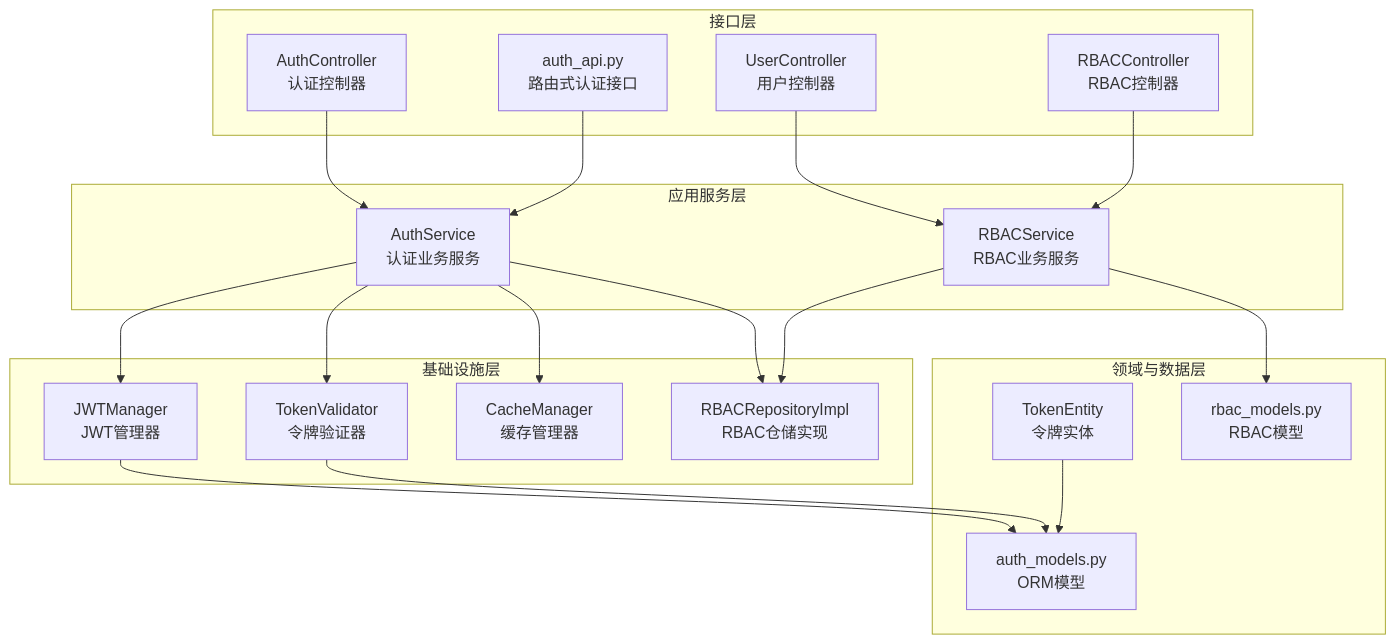
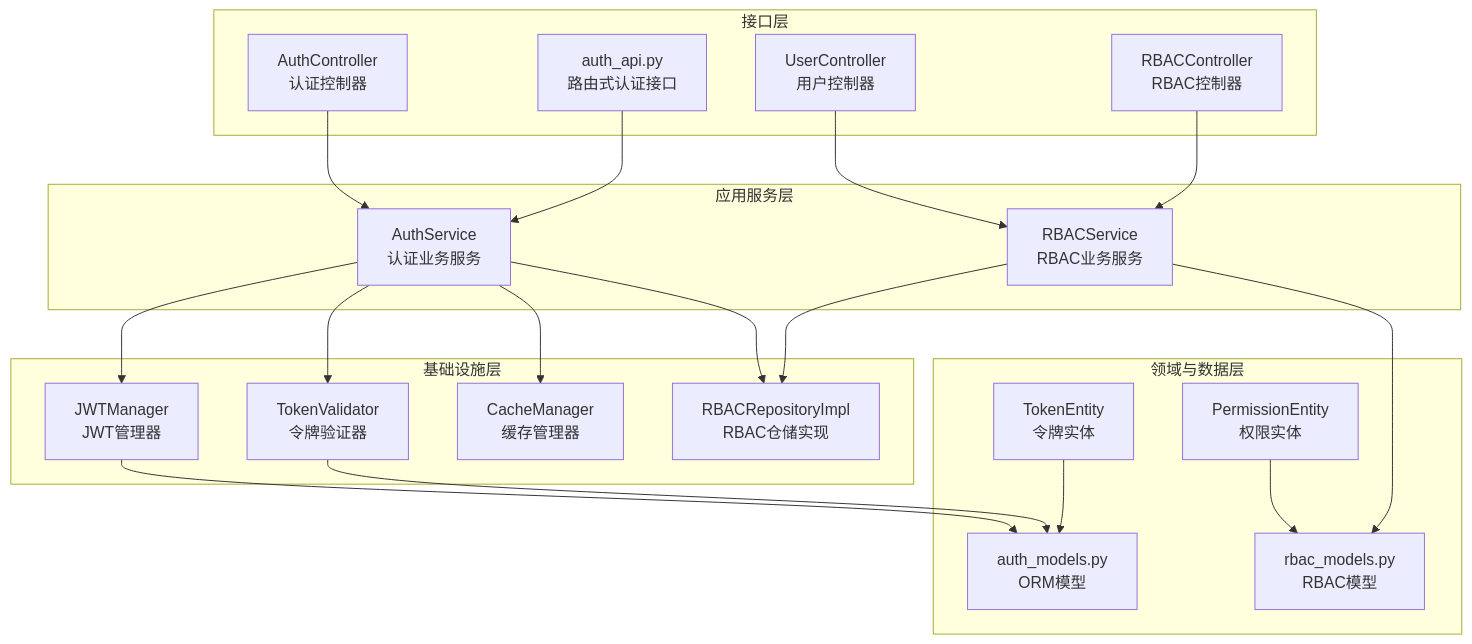
The first of 9 diagrams in .qoder/repowiki/zh/content/核心模块/认证系统.md (taoweidong/Hello-Django-Ninja-Api), drawn with Mermaid before and after one commit. The commit also changed other lines of this file and 13 other files, not shown here.

````diff
--- a/.qoder/repowiki/zh/content/核心模块/认证系统.md
+++ b/.qoder/repowiki/zh/content/核心模块/认证系统.md
@@ -53,37 +56,39 @@
 ```mermaid
 graph TB
 subgraph "接口层"
 AC["AuthController<br/>认证控制器"]
 API["auth_api.py<br/>路由式认证接口"]
 UC["UserController<br/>用户控制器"]
 RC["RBACController<br/>RBAC控制器"]
 end
 subgraph "应用服务层"
 AS["AuthService<br/>认证业务服务"]
 RS["RBACService<br/>RBAC业务服务"]
 end
 subgraph "基础设施层"
 JM["JWTManager<br/>JWT管理器"]
 TV["TokenValidator<br/>令牌验证器"]
 CM["CacheManager<br/>缓存管理器"]
 RR["RBACRepositoryImpl<br/>RBAC仓储实现"]
 end
 subgraph "领域与数据层"
 TE["TokenEntity<br/>令牌实体"]
+PE["PermissionEntity<br/>权限实体"]
 AM["auth_models.py<br/>ORM模型"]
 PM["rbac_models.py<br/>RBAC模型"]
 end
 AC --> AS
 API --> AS
 UC --> RS
 RC --> RS
 AS --> JM
 AS --> TV
 AS --> CM
 AS --> RR
 RS --> RR
 JM --> AM
 TV --> AM
 TE --> AM
+PE --> PM
 RS --> PM
 ```
````
